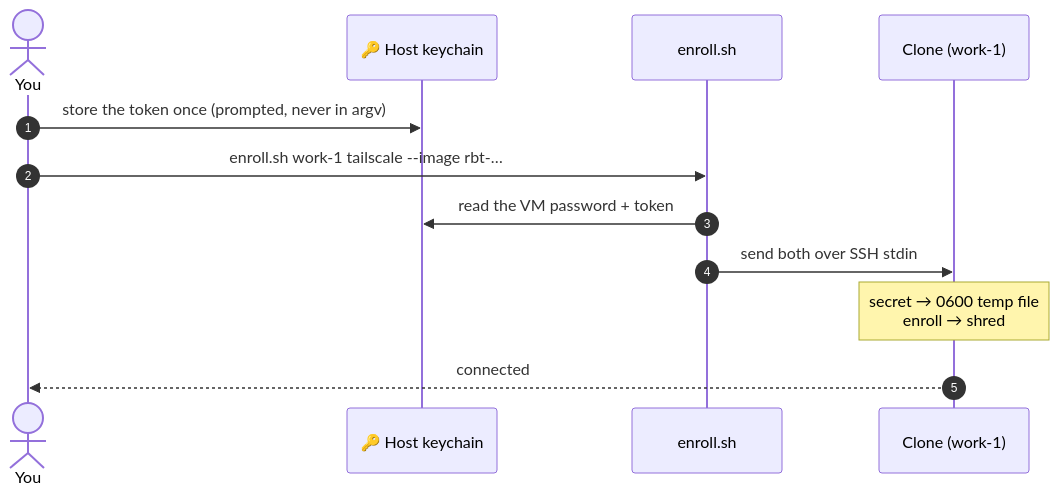
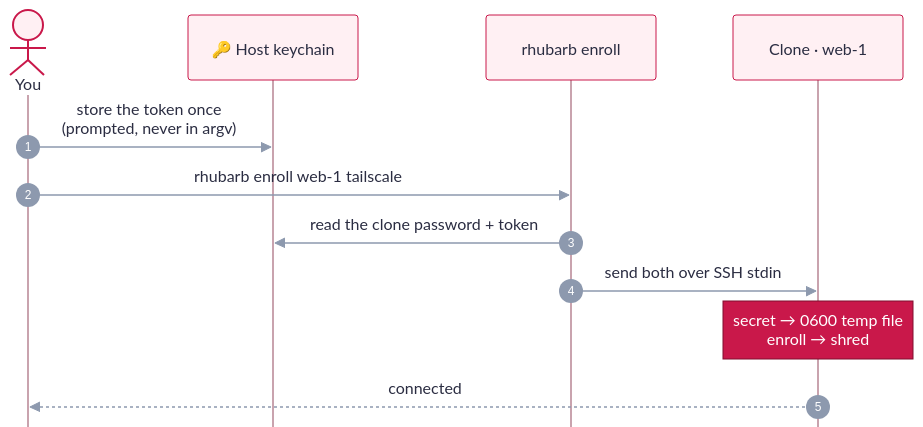
One commit to errantpacket/RhubarbTart changed the third of 5 diagrams in README.md. Above: the diagram before and after it, drawn with Mermaid. The commit also changed other lines of this file and 16 other files, not shown here.

First line of the commit message:
Add rhubarb clone-management CLI, project plan, README polish

````diff
--- a/README.md
+++ b/README.md
@@ -171,14 +222,15 @@
 ```mermaid
+%%{init: {'theme':'base','fontFamily':'ui-sans-serif, system-ui, -apple-system, Helvetica, Arial, sans-serif','themeVariables':{'primaryColor':'#fff0f3','primaryBorderColor':'#c9184a','primaryTextColor':'#2b2d42','actorBkg':'#fff0f3','actorBorder':'#c9184a','actorTextColor':'#2b2d42','actorLineColor':'#c9a3ae','signalColor':'#8d99ae','signalTextColor':'#2b2d42','labelBoxBkgColor':'#fff0f3','labelBoxBorderColor':'#c9184a','labelTextColor':'#2b2d42','noteBkgColor':'#c9184a','noteTextColor':'#ffffff','noteBorderColor':'#800f2f','sequenceNumberColor':'#ffffff','activationBkgColor':'#c9184a','activationBorderColor':'#800f2f'},'sequence':{'mirrorActors':false,'messageAlign':'center','boxMargin':10,'noteMargin':10,'width':170}}}%%
 sequenceDiagram
     autonumber
     actor You
     participant KC as 🔑 Host keychain
-    participant EN as enroll.sh
-    participant VM as Clone (work-1)
-    You->>KC: store the token once (prompted, never in argv)
-    You->>EN: enroll.sh work-1 tailscale --image rbt-…
-    EN->>KC: read the VM password + token
+    participant EN as rhubarb enroll
+    participant VM as Clone · web-1
+    You->>KC: store the token once<br/>(prompted, never in argv)
+    You->>EN: rhubarb enroll web-1 tailscale
+    EN->>KC: read the clone password + token
     EN->>VM: send both over SSH stdin
     Note over VM: secret → 0600 temp file<br/>enroll → shred
     VM-->>You: connected
 ```
````
